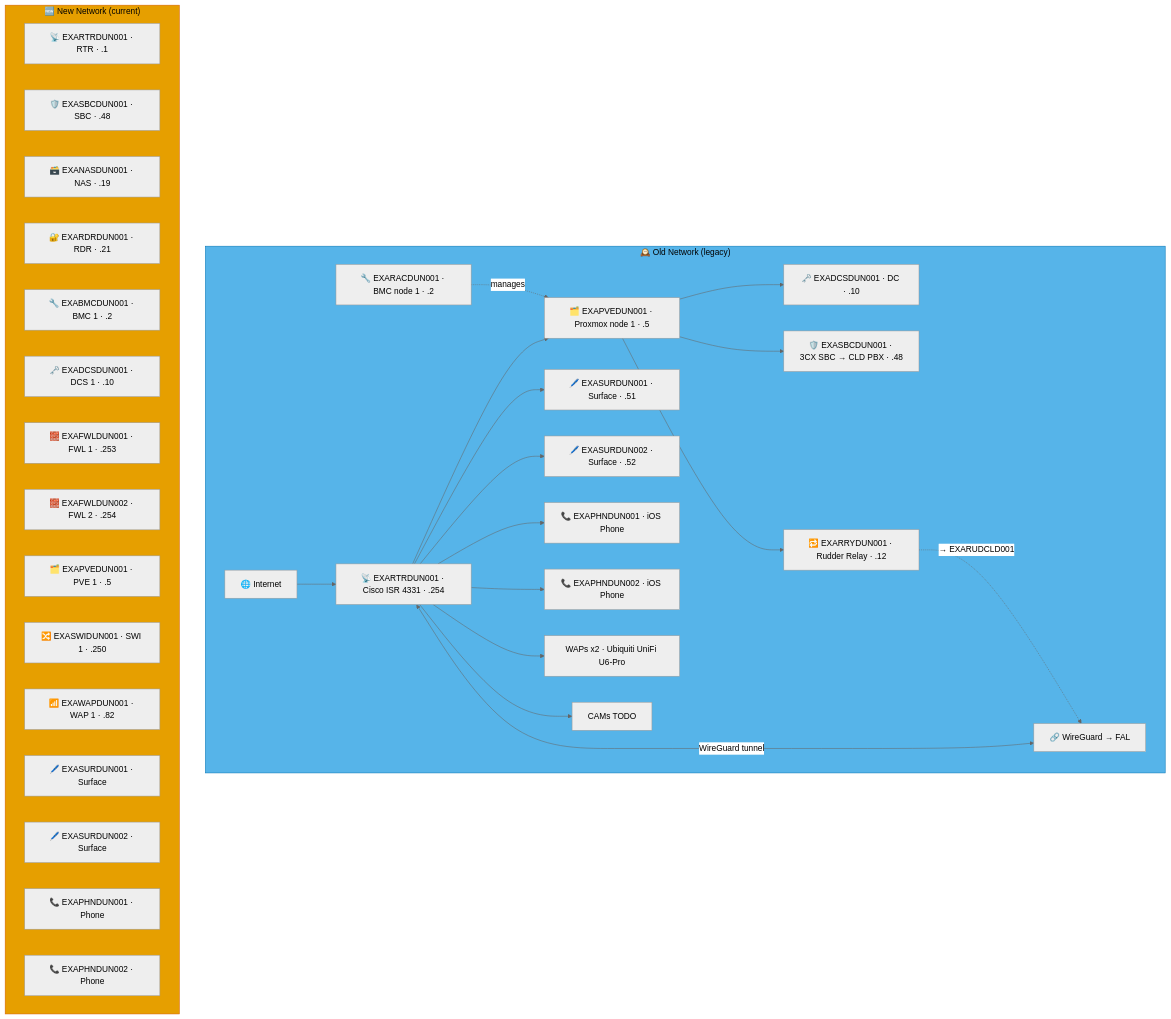
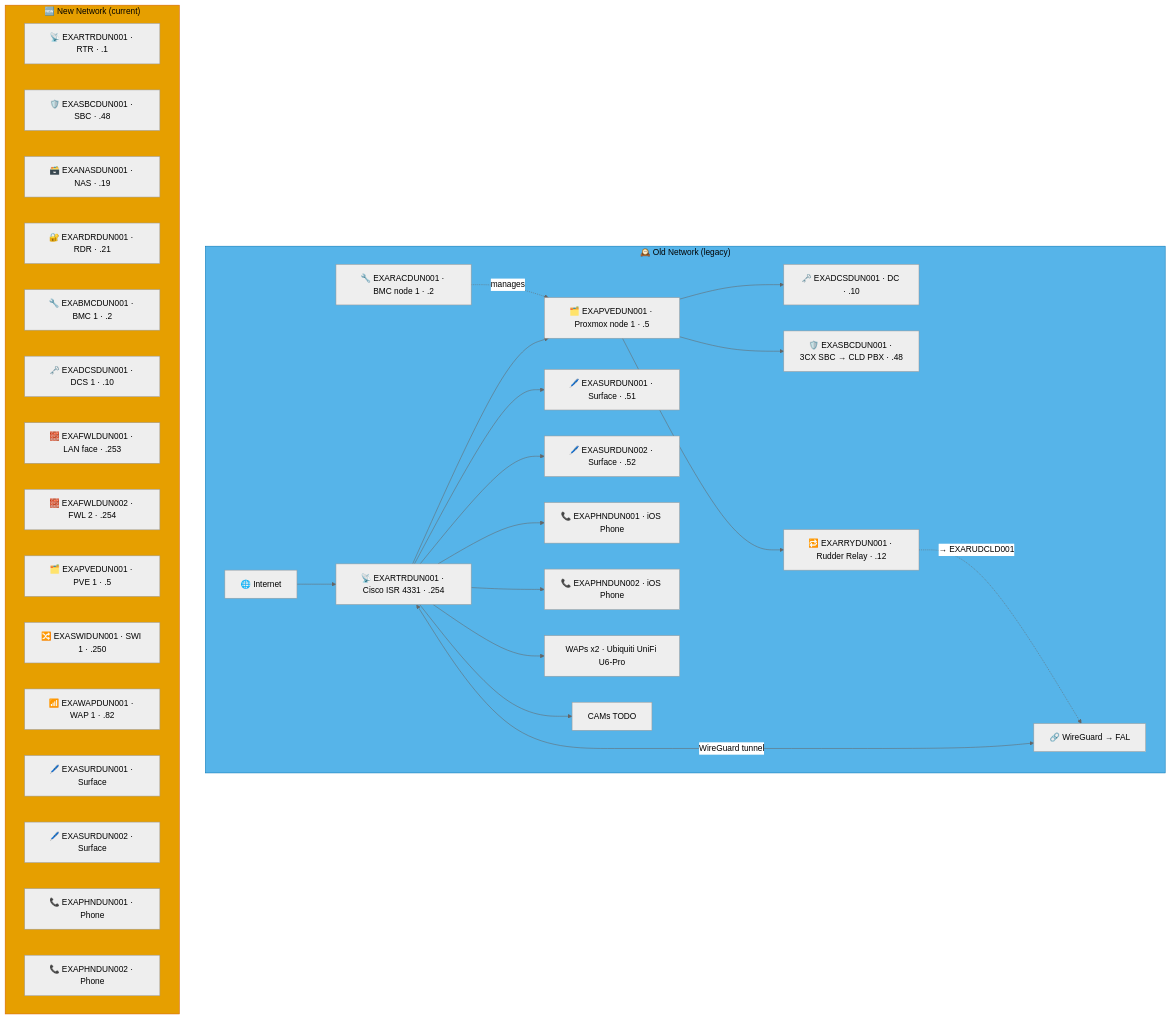
Before and after one commit to knightmare2600/example_music_infra: the fifth of 7 diagrams in docs/network-diagram/scotland.md, drawn with Mermaid (neutral theme). The commit also changed other lines of this file and 17 other files, not shown here.

````diff
--- a/docs/network-diagram/scotland.md
+++ b/docs/network-diagram/scotland.md
@@ -360,49 +360,49 @@
 ```mermaid
 graph TD
     subgraph OLD_DUN ["🕰️ Old Network (legacy)"]
       INET["🌐 Internet"]
       RTR["📡 EXARTRDUN001 · Cisco ISR 4331 · .254"]
       RAC["🔧 EXARACDUN001 · BMC node 1 · .2"]
       PVE["🗂️ EXAPVEDUN001 · Proxmox node 1 · .5"]
       DC["🗝️ EXADCSDUN001 · DC · .10"]
       SBC["🛡️ EXASBCDUN001 · 3CX SBC → CLD PBX · .48"]
       RRY["🔁 EXARRYDUN001 · Rudder Relay · .12"]
       SUR1["🖊️ EXASURDUN001 · Surface · .51"]
       SUR2["🖊️ EXASURDUN002 · Surface · .52"]
       PHN1["📞 EXAPHNDUN001 · iOS Phone"]
       PHN2["📞 EXAPHNDUN002 · iOS Phone"]
       WAP["WAPs x2 · Ubiquiti UniFi U6-Pro"]
       CAM["CAMs TODO"]
       VPN["🔗 WireGuard → FAL"]
 
       INET --> RTR --> PVE
       PVE --> DC & SBC
       RAC -.->|"manages"| PVE
       RTR --> SUR1 & SUR2 & PHN1 & PHN2 & WAP & CAM
       RTR <-->|"WireGuard tunnel"| VPN
 
       PVE --> RRY
       RRY -. "→ EXARUDCLD001" .-> VPN
     end
     style OLD_DUN fill:#56B4E9,stroke:#0072B2,color:#000000
     %% GENERATED:NEW-NETWORK:DUN:START
     subgraph NEW_DUN ["🆕 New Network (current)"]
       N_RTR["📡 EXARTRDUN001 · RTR · .1"]
       N_SBC["🛡️ EXASBCDUN001 · SBC · .48"]
       N_NAS["🗃️ EXANASDUN001 · NAS · .19"]
       N_RDR["🔐 EXARDRDUN001 · RDR · .21"]
       N_BMC["🔧 EXABMCDUN001 · BMC 1 · .2"]
       N_DCS["🗝️ EXADCSDUN001 · DCS 1 · .10"]
-      N_FWL["🧱 EXAFWLDUN001 · FWL 1 · .253"]
+      N_FWL["🧱 EXAFWLDUN001 · LAN face · .253"]
       N_FWL2["🧱 EXAFWLDUN002 · FWL 2 · .254"]
       N_PVE["🗂️ EXAPVEDUN001 · PVE 1 · .5"]
       N_SWI["🔀 EXASWIDUN001 · SWI 1 · .250"]
       N_WAP["📶 EXAWAPDUN001 · WAP 1 · .82"]
       N_SUR["🖊️ EXASURDUN001 · Surface"]
       N_SUR2["🖊️ EXASURDUN002 · Surface"]
       N_PHN["📞 EXAPHNDUN001 · Phone"]
       N_PHN2["📞 EXAPHNDUN002 · Phone"]
     end
     style NEW_DUN fill:#E69F00,stroke:#D55E00,color:#000000
     %% GENERATED:NEW-NETWORK:DUN:END
 ```
````
